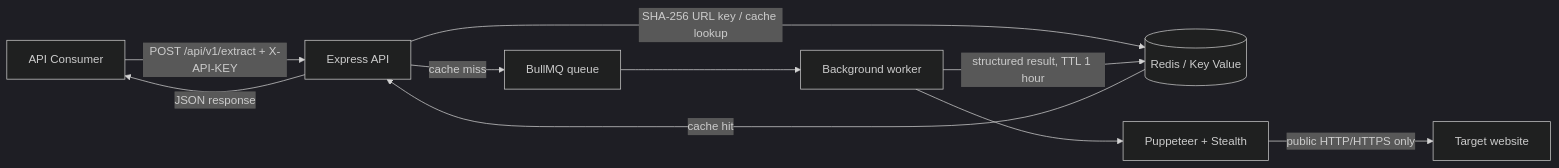
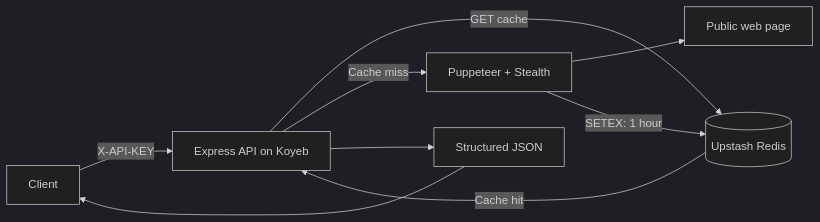
Before and after one commit to infinityempire/scrape-pipeline-api: the diagram in README.md, drawn with Mermaid (dark theme). The commit also changed other lines of this file and 11 other files, not shown here.

Commit message:
Configure Koyeb and Upstash free deployment

````diff
--- a/README.md
+++ b/README.md
@@ -9,12 +9,11 @@
 ```mermaid
 flowchart LR
-    C[API Consumer] -->|POST /api/v1/extract + X-API-KEY| A[Express API]
-    A -->|SHA-256 URL key / cache lookup| R[(Redis / Key Value)]
-    R -->|cache hit| A
-    A -->|cache miss| Q[BullMQ queue]
-    Q --> W[Background worker]
-    W --> P[Puppeteer + Stealth]
-    P -->|public HTTP/HTTPS only| T[Target website]
-    W -->|structured result, TTL 1 hour| R
-    A -->|JSON response| C
+    C[Client] -->|X-API-KEY| A[Express API on Koyeb]
+    A -->|GET cache| R[(Upstash Redis)]
+    R -->|Cache hit| A
+    A -->|Cache miss| P[Puppeteer + Stealth]
+    P --> W[Public web page]
+    P -->|SETEX: 1 hour| R
+    A --> J[Structured JSON]
+    J --> C
 ```
````
